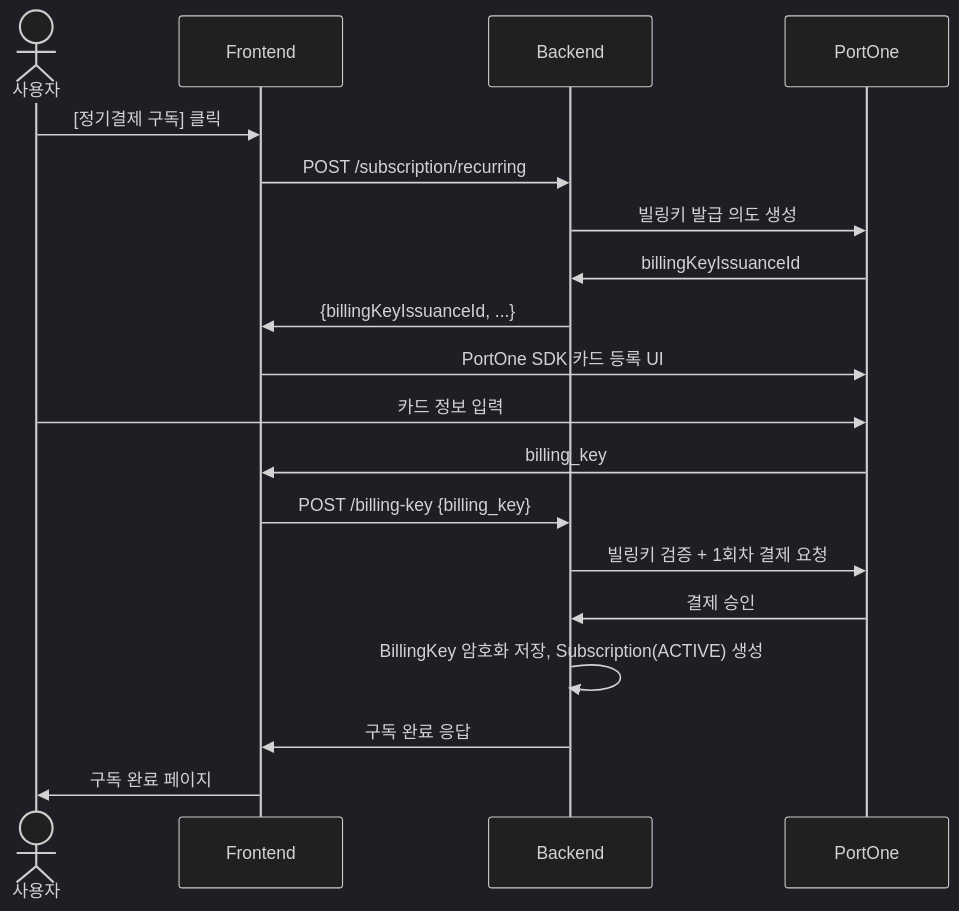
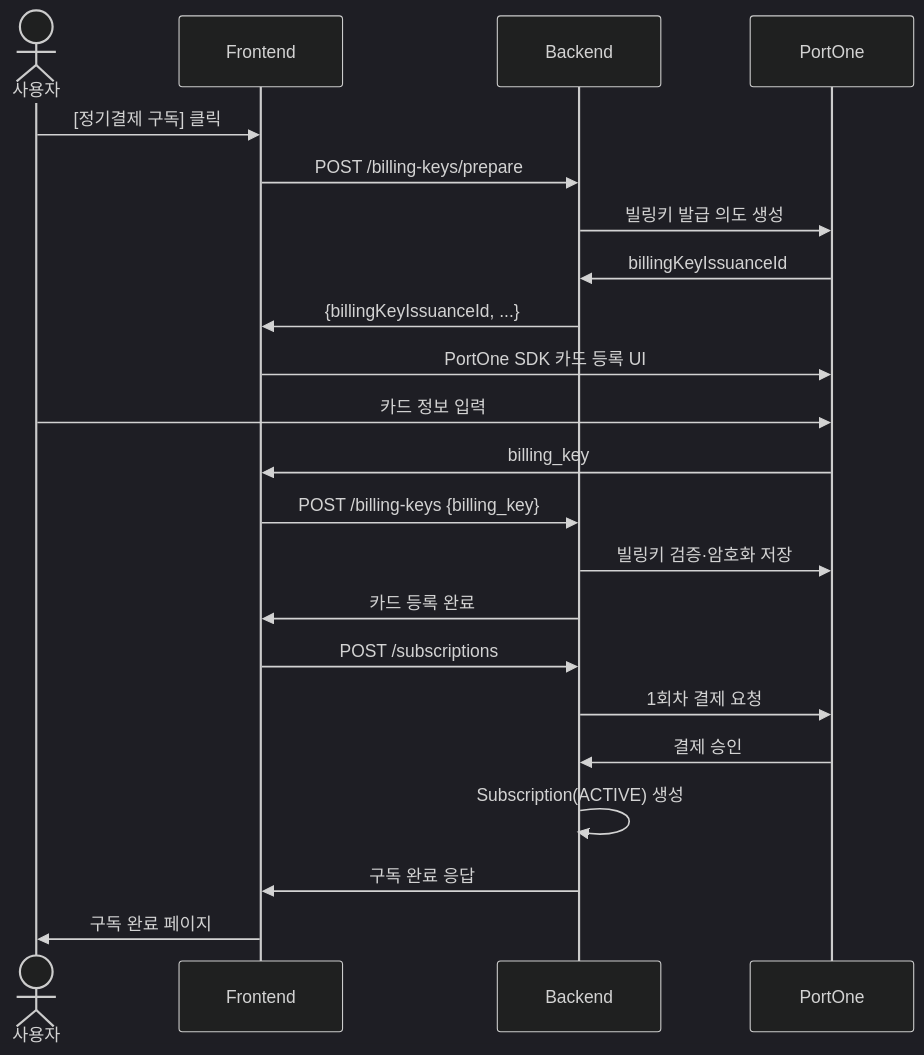
The second of 3 diagrams in docs/시퀀스.md (justicechan1/PetInside), drawn with Mermaid (dark theme) before and after one commit. The commit also changed other lines of this file and 6 other files, not shown here.

Commit message:
docs: fix hallucinated content across API, ERD, 화면설계, 패키지구조, 외부API연동, 시퀀스, 구독상태전이

````diff
--- a/docs/시퀀스.md
+++ b/docs/시퀀스.md
@@ -32,22 +32,25 @@
 ```mermaid
 sequenceDiagram
     actor U as 사용자
     participant F as Frontend
     participant B as Backend
     participant P as PortOne
 
     U->>F: [정기결제 구독] 클릭
-    F->>B: POST /subscription/recurring
+    F->>B: POST /billing-keys/prepare
     B->>P: 빌링키 발급 의도 생성
     P->>B: billingKeyIssuanceId
     B->>F: {billingKeyIssuanceId, ...}
     F->>P: PortOne SDK 카드 등록 UI
     U->>P: 카드 정보 입력
     P->>F: billing_key
-    F->>B: POST /billing-key {billing_key}
-    B->>P: 빌링키 검증 + 1회차 결제 요청
+    F->>B: POST /billing-keys {billing_key}
+    B->>P: 빌링키 검증·암호화 저장
+    B->>F: 카드 등록 완료
+    F->>B: POST /subscriptions
+    B->>P: 1회차 결제 요청
     P->>B: 결제 승인
-    B->>B: BillingKey 암호화 저장, Subscription(ACTIVE) 생성
+    B->>B: Subscription(ACTIVE) 생성
     B->>F: 구독 완료 응답
     F->>U: 구독 완료 페이지
 ```
````
